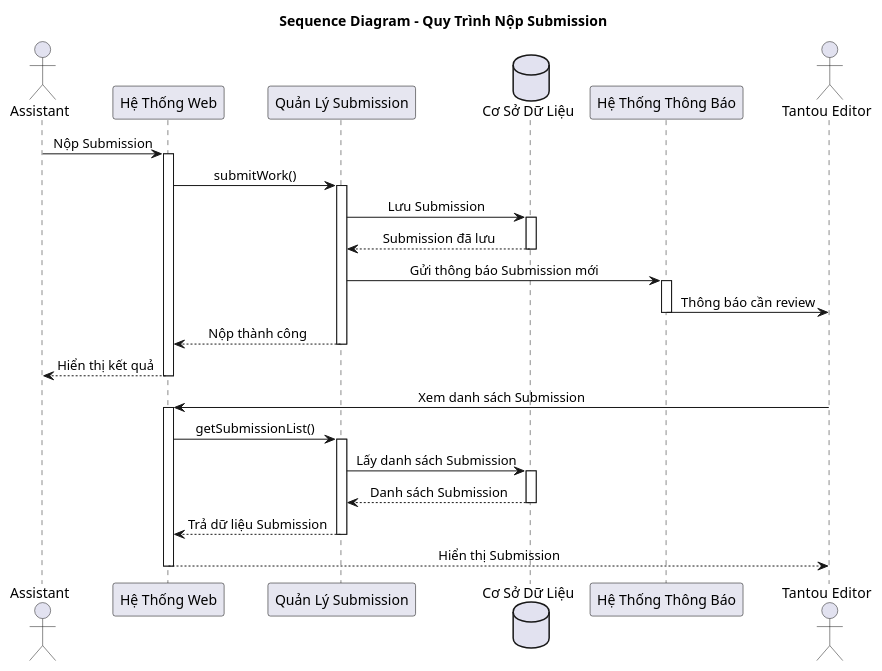
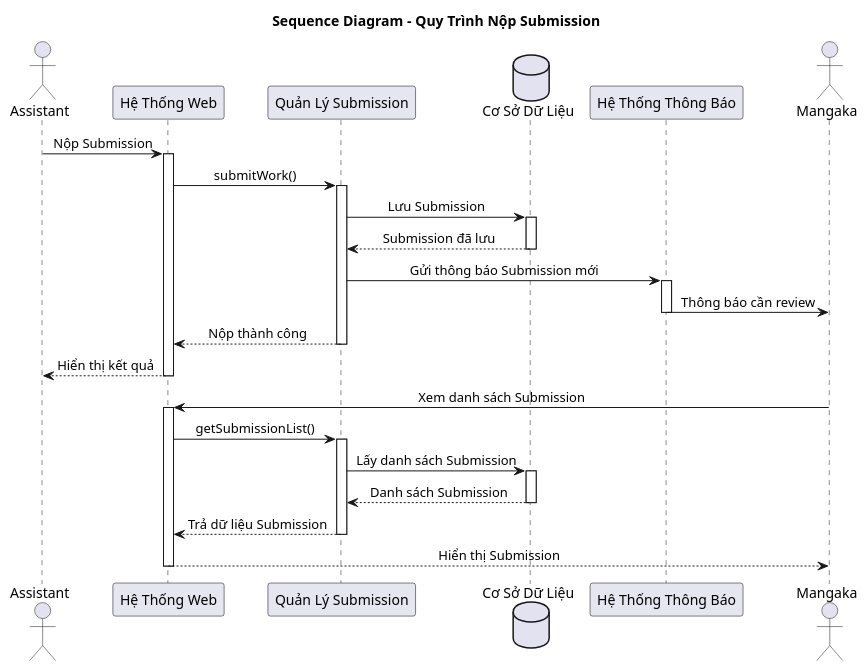
The diagram in UML/sequence_diagram_quy_trinh_nop_submission.puml (trongtan0079/manga-workflow-report), drawn with PlantUML before and after one commit. The commit also changed 14 other files, not shown here.

Commit message:
docs(uml): cap nhat va them moi cac so do UML nguon (.puml)

```diff
--- a/UML/sequence_diagram_quy_trinh_nop_submission.puml
+++ b/UML/sequence_diagram_quy_trinh_nop_submission.puml
@@ -1,56 +1,56 @@
 @startuml
 
 skinparam Shadowing false
 skinparam ParticipantBackgroundColor #E6E6F0
 skinparam ParticipantBorderColor Black
 skinparam SequenceMessageAlign center
 
 title Sequence Diagram - Quy Trình Nộp Submission
 
 actor Assistant
 participant "Hệ Thống Web" as Web
 participant "Quản Lý Submission" as SubmissionManager
 database "Cơ Sở Dữ Liệu" as DB
 participant "Hệ Thống Thông Báo" as Notification
-actor "Tantou Editor" as Editor
+actor Mangaka as Reviewer
 
 Assistant -> Web : Nộp Submission
 activate Web
 
 Web -> SubmissionManager : submitWork()
 activate SubmissionManager
 
 SubmissionManager -> DB : Lưu Submission
 activate DB
 DB --> SubmissionManager : Submission đã lưu
 deactivate DB
 
 SubmissionManager -> Notification : Gửi thông báo Submission mới
 activate Notification
-Notification -> Editor : Thông báo cần review
+Notification -> Reviewer : Thông báo cần review
 deactivate Notification
 
 SubmissionManager --> Web : Nộp thành công
 deactivate SubmissionManager
 
 Web --> Assistant : Hiển thị kết quả
 deactivate Web
 
-Editor -> Web : Xem danh sách Submission
+Reviewer -> Web : Xem danh sách Submission
 activate Web
 
 Web -> SubmissionManager : getSubmissionList()
 activate SubmissionManager
 
 SubmissionManager -> DB : Lấy danh sách Submission
 activate DB
 DB --> SubmissionManager : Danh sách Submission
 deactivate DB
 
 SubmissionManager --> Web : Trả dữ liệu Submission
 deactivate SubmissionManager
 
-Web --> Editor : Hiển thị Submission
+Web --> Reviewer : Hiển thị Submission
 deactivate Web
 
 @enduml
```
